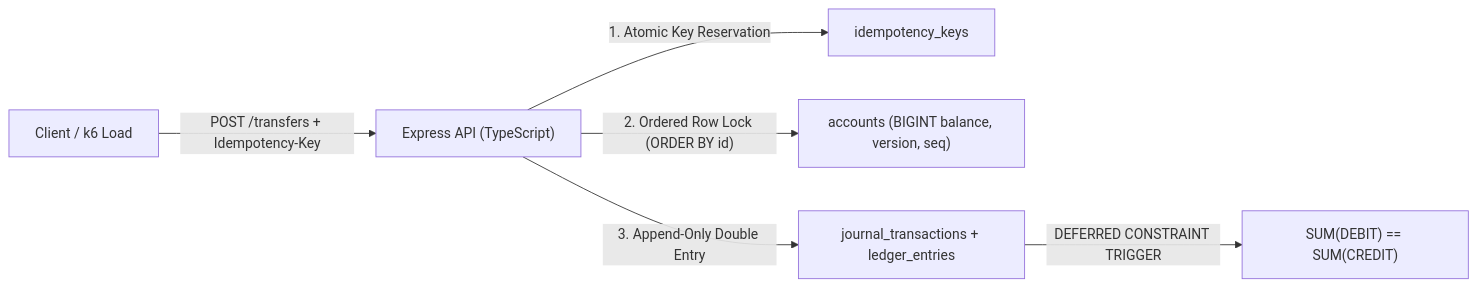
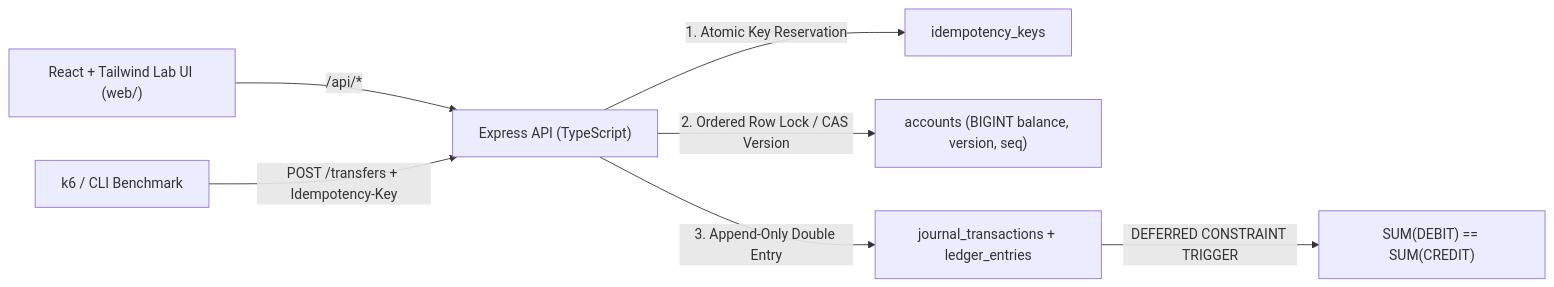
Before and after one commit to shenalockersz/acid-ledger-concurrency-engine: the diagram in README.md, drawn with Mermaid. The commit also changed other lines of this file and 2 other files, not shown here.

Commit message:
docs(ui): add concurrency lab screenshot, UI quickstart, and live benchmark results

````diff
--- a/README.md
+++ b/README.md
@@ -7,8 +7,9 @@
 ```mermaid
 flowchart LR
-    Client["Client / k6 Load"] -->|"POST /transfers + Idempotency-Key"| API["Express API (TypeScript)"]
+    UI["React + Tailwind Lab UI (web/)"] -->|"/api/*"| API["Express API (TypeScript)"]
+    Client["k6 / CLI Benchmark"] -->|"POST /transfers + Idempotency-Key"| API
     API -->|"1. Atomic Key Reservation"| Idemp["idempotency_keys"]
-    API -->|"2. Ordered Row Lock (ORDER BY id)"| Acc["accounts (BIGINT balance, version, seq)"]
+    API -->|"2. Ordered Row Lock / CAS Version"| Acc["accounts (BIGINT balance, version, seq)"]
     API -->|"3. Append-Only Double Entry"| Journal["journal_transactions + ledger_entries"]
     Journal -->|"DEFERRED CONSTRAINT TRIGGER"| Check["SUM(DEBIT) == SUM(CREDIT)"]
 ```
````
